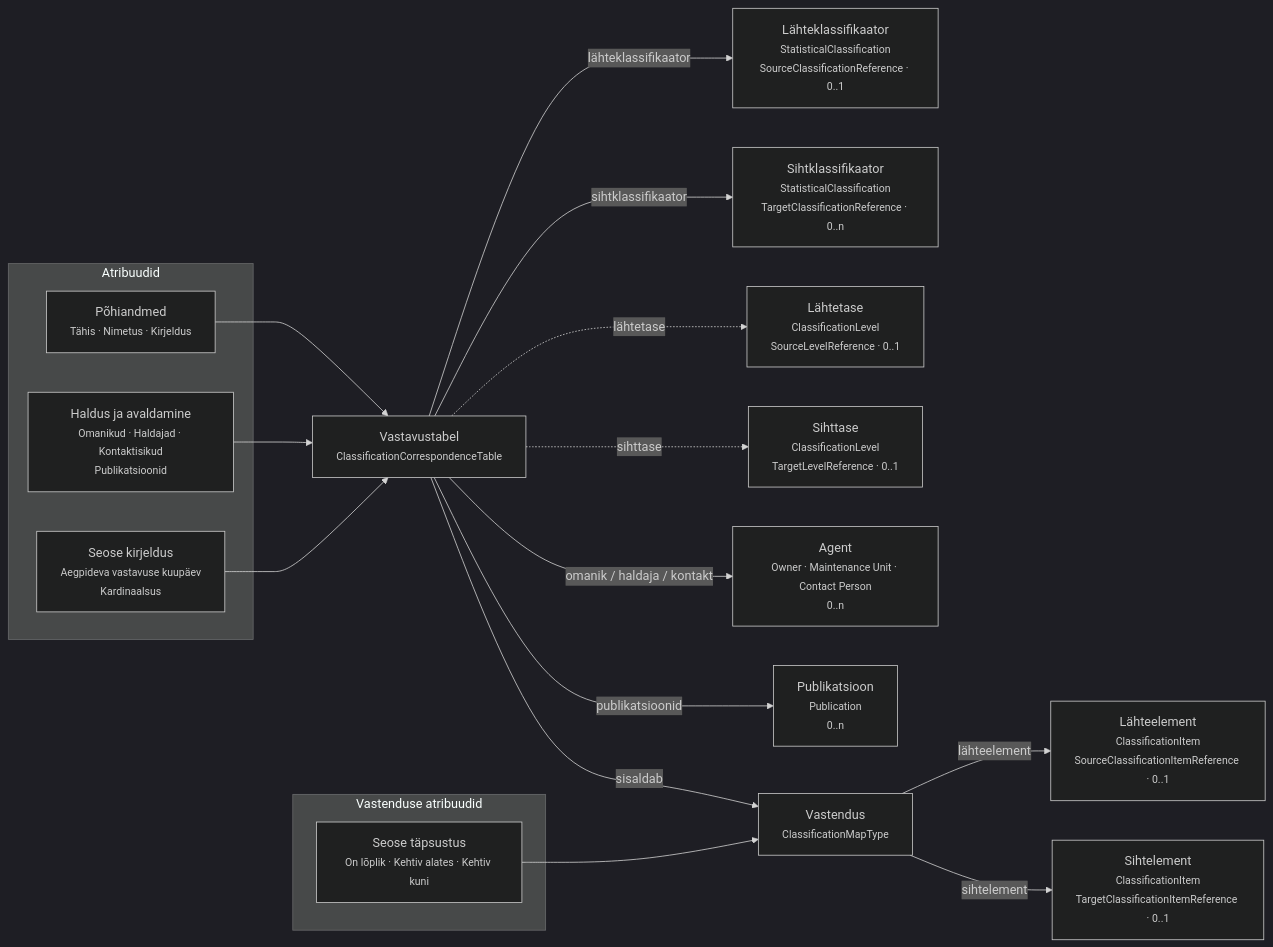
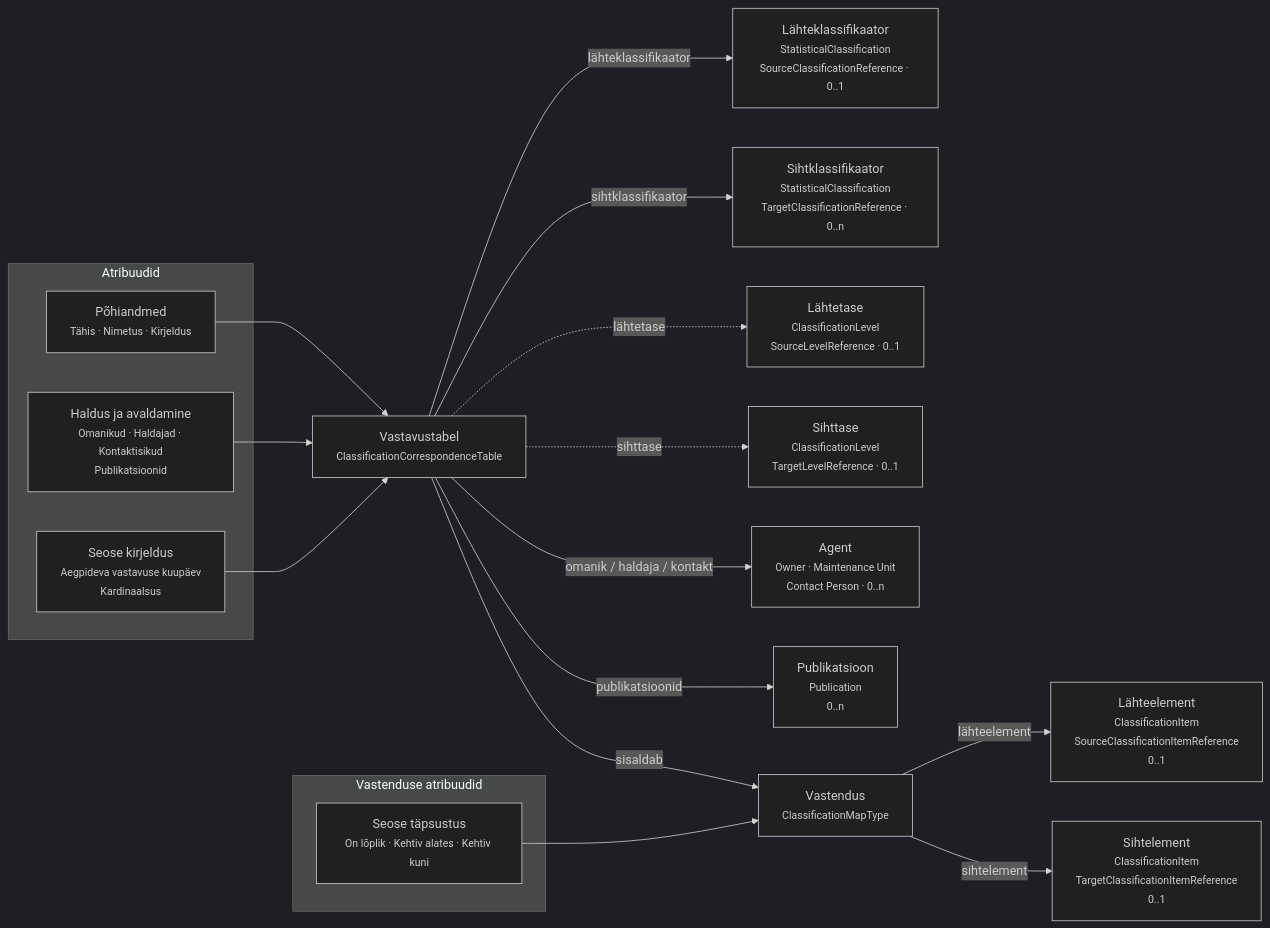
One commit to e-gov/Klassifikaatorite-ja-Koodiloendite-Standard changed the seventh of 7 diagrams in docs/klassifikaator/atribuudid.md. Above: the diagram before and after it, drawn with Mermaid (dark theme). The commit also changed other lines of this file, not shown here.

````diff
--- a/docs/klassifikaator/atribuudid.md
+++ b/docs/klassifikaator/atribuudid.md
@@ -356,55 +356,55 @@
 ```mermaid
 flowchart LR
 
 CT["Vastavustabel<br/><small>ClassificationCorrespondenceTable</small>"]
 
 subgraph ATTR["Atribuudid"]
   BASIC["Põhiandmed<br/><small>Tähis · Nimetus · Kirjeldus</small>"]
 
   ADMIN["Haldus ja avaldamine<br/><small>Omanikud · Haldajad · Kontaktisikud<br/>Publikatsioonid</small>"]
 
   RELDESC["Seose kirjeldus<br/><small>Aegpideva vastavuse kuupäev<br/>Kardinaalsus</small>"]
 end
 
 SRC_SC["Lähteklassifikaator<br/><small>StatisticalClassification<br/>SourceClassificationReference · 0..1</small>"]
 
 TGT_SC["Sihtklassifikaator<br/><small>StatisticalClassification<br/>TargetClassificationReference · 0..n</small>"]
 
 SRC_LV["Lähtetase<br/><small>ClassificationLevel<br/>SourceLevelReference · 0..1</small>"]
 
 TGT_LV["Sihttase<br/><small>ClassificationLevel<br/>TargetLevelReference · 0..1</small>"]
 
-AG["Agent<br/><small>Owner · Maintenance Unit · Contact Person<br/>0..n</small>"]
+AG["Agent<br/><small>Owner · Maintenance Unit<br/>Contact Person · 0..n</small>"]
 
 PUB["Publikatsioon<br/><small>Publication<br/>0..n</small>"]
 
 MP["Vastendus<br/><small>ClassificationMapType</small>"]
 
 subgraph MAPATTR["Vastenduse atribuudid"]
   MAPINFO["Seose täpsustus<br/><small>On lõplik · Kehtiv alates · Kehtiv kuni</small>"]
 end
 
-SRC_IT["Lähteelement<br/><small>ClassificationItem<br/>SourceClassificationItemReference · 0..1</small>"]
+SRC_IT["Lähteelement<br/><small>ClassificationItem<br/>SourceClassificationItemReference<br/>0..1</small>"]
 
-TGT_IT["Sihtelement<br/><small>ClassificationItem<br/>TargetClassificationItemReference · 0..1</small>"]
+TGT_IT["Sihtelement<br/><small>ClassificationItem<br/>TargetClassificationItemReference<br/>0..1</small>"]
 
 BASIC --> CT
 ADMIN --> CT
 RELDESC --> CT
 
 CT -->|"lähteklassifikaator"| SRC_SC
 CT -->|"sihtklassifikaator"| TGT_SC
 
 CT -.->|"lähtetase"| SRC_LV
 CT -.->|"sihttase"| TGT_LV
 
 CT -->|"omanik / haldaja / kontakt"| AG
 CT -->|"publikatsioonid"| PUB
 
 CT -->|"sisaldab"| MP
 
 MAPINFO --> MP
 
 MP -->|"lähteelement"| SRC_IT
 MP -->|"sihtelement"| TGT_IT
 ```
````
